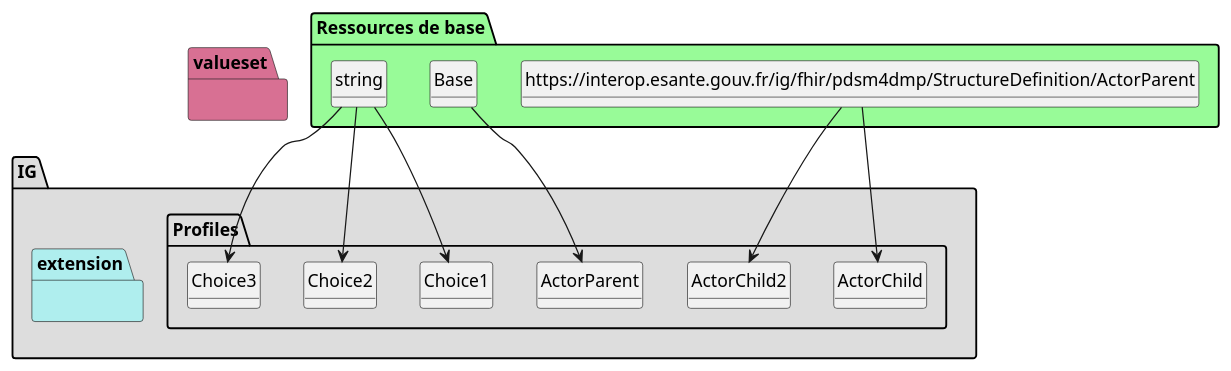
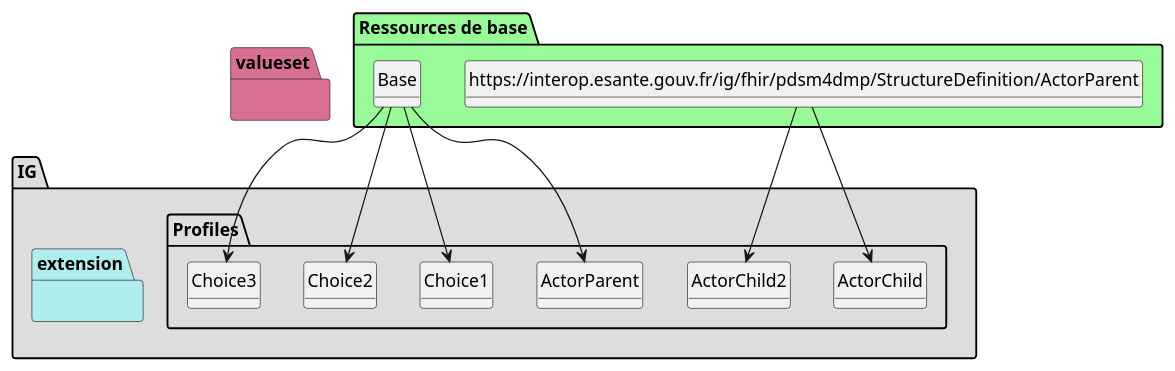
Before and after one commit to ansforge/IG-FHIR-PDSM4DMP-EEDS: the diagram in minimal-example/plantuml/graph.puml, drawn with PlantUML. The commit also changed 129 other files, not shown here.

```diff
--- a/minimal-example/plantuml/graph.puml
+++ b/minimal-example/plantuml/graph.puml
@@ -1,78 +1,82 @@
 @startuml
 set namespaceSeparator ?
 hide circle
 hide class fields
 
 package IG #DDDDDD{
 
      package Profiles #DDDDDD{
 
         class ActorChild{
 
              ActorChild => [None..None]
              ActorChild.XCN1[x] => [None..None]
+             ActorChild.XCN10 => [None..None]
         } 
 
         class ActorChild2{
 
              ActorChild2 => [None..None]
              ActorChild2.XCN1[x] => [None..None]
-             ActorChild2.XCN3 => [None..None]
+             ActorChild2.XCN10 => [None..None]
         } 
 
         class ActorParent{
 
              ActorParent => [None..None]
              ActorParent.XCN1[x] => [1..1]
+             ActorParent.XCN3 => [1..1]
              ActorParent.XCN10 => [1..1]
-             ActorParent.XCN3 => [1..1]
         } 
 
         class Choice1{
 
+             Choice1 => [None..None]
         } 
 
         class Choice2{
 
+             Choice2 => [None..None]
         } 
 
         class Choice3{
 
+             Choice3 => [None..None]
          }
 
      }
      package extension #paleturquoise {
 
 
          }
      }
      package valueset #PaleVioletRed{
        }
 
 package "Ressources de base" #palegreen {
 
  class "https://interop.esante.gouv.fr/ig/fhir/pdsm4dmp/StructureDefinition/ActorParent" as  class5b81927f666ca2324a3cdc0f71a4ef0c 
 
     class5b81927f666ca2324a3cdc0f71a4ef0c --> ActorChild
 
  class "https://interop.esante.gouv.fr/ig/fhir/pdsm4dmp/StructureDefinition/ActorParent" as  class5b81927f666ca2324a3cdc0f71a4ef0c 
 
     class5b81927f666ca2324a3cdc0f71a4ef0c --> ActorChild2
 
  class "Base" as  class095a1b43effec73955e31e790438de49 
 
     class095a1b43effec73955e31e790438de49 --> ActorParent
 
- class "string" as  classb45cffe084dd3d20d928bee85e7b0f21 
+ class "Base" as  class095a1b43effec73955e31e790438de49 
 
-    classb45cffe084dd3d20d928bee85e7b0f21 --> Choice1
+    class095a1b43effec73955e31e790438de49 --> Choice1
 
- class "string" as  classb45cffe084dd3d20d928bee85e7b0f21 
+ class "Base" as  class095a1b43effec73955e31e790438de49 
 
-    classb45cffe084dd3d20d928bee85e7b0f21 --> Choice2
+    class095a1b43effec73955e31e790438de49 --> Choice2
 
- class "string" as  classb45cffe084dd3d20d928bee85e7b0f21 
+ class "Base" as  class095a1b43effec73955e31e790438de49 
 
-    classb45cffe084dd3d20d928bee85e7b0f21 --> Choice3
+    class095a1b43effec73955e31e790438de49 --> Choice3
 }
 @enduml
```
